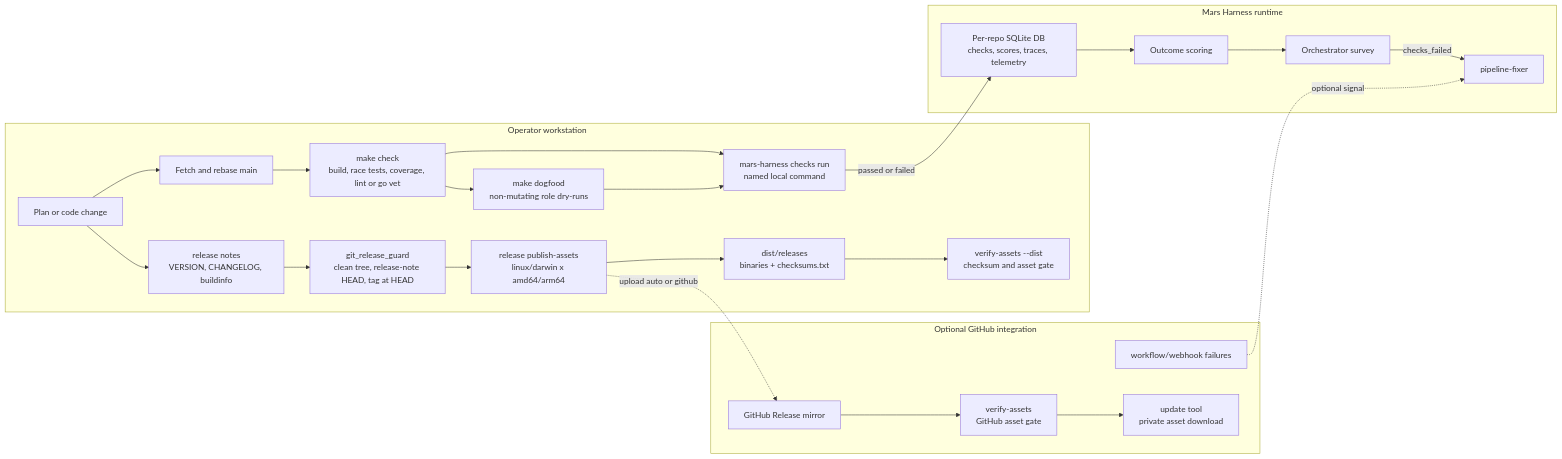
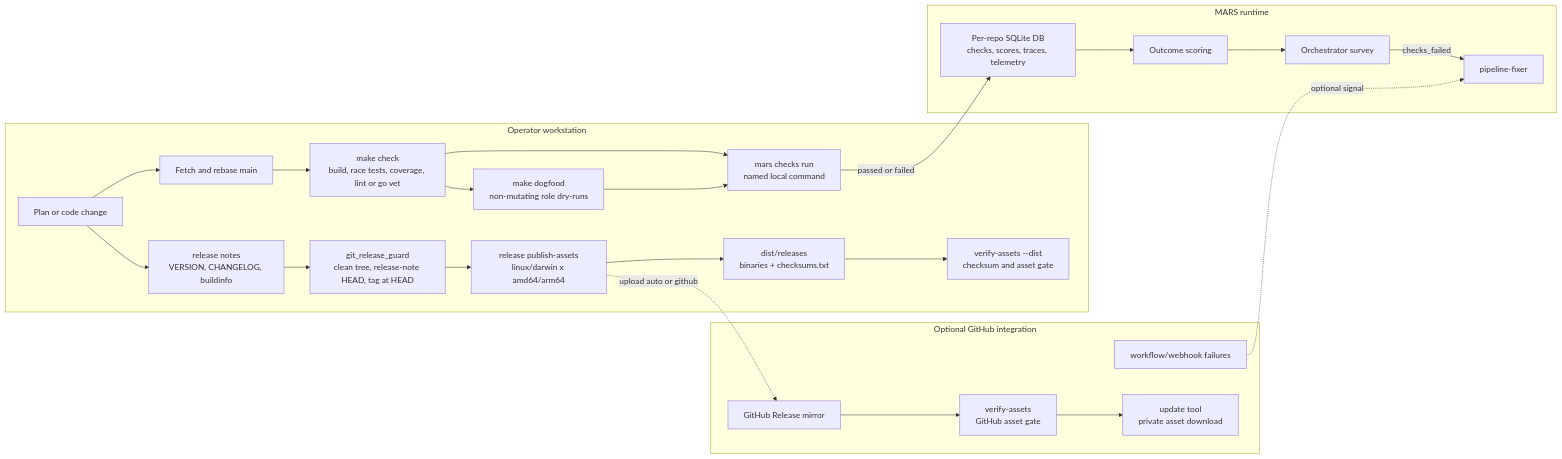
The second of 2 diagrams in ARCHITECTURE.md (greaveselliott/MARS), drawn with Mermaid before and after one commit. The commit also changed other lines of this file and 394 other files, not shown here.

````diff
--- a/ARCHITECTURE.md
+++ b/ARCHITECTURE.md
@@ -131,40 +131,40 @@
 ```mermaid
 flowchart LR
   subgraph Workstation ["Operator workstation"]
     Intent["Plan or code change"]
     Sync["Fetch and rebase main"]
     CheckGate["make check\nbuild, race tests, coverage, lint or go vet"]
     DogfoodGate["make dogfood\nnon-mutating role dry-runs"]
-    ChecksRun["mars-harness checks run\nnamed local command"]
+    ChecksRun["mars checks run\nnamed local command"]
     ReleaseNotes["release notes\nVERSION, CHANGELOG, buildinfo"]
     TagGuard["git_release_guard\nclean tree, release-note HEAD, tag at HEAD"]
     Publish["release publish-assets\nlinux/darwin x amd64/arm64"]
     LocalDist["dist/releases\nbinaries + checksums.txt"]
     VerifyLocal["verify-assets --dist\nchecksum and asset gate"]
   end
 
-  subgraph MarsRuntime ["Mars Harness runtime"]
+  subgraph MarsRuntime ["MARS runtime"]
     RepoDB["Per-repo SQLite DB\nchecks, scores, traces, telemetry"]
     Scoring["Outcome scoring"]
     Survey["Orchestrator survey"]
     Fixer["pipeline-fixer"]
   end
 
   subgraph OptionalGitHub ["Optional GitHub integration"]
     Webhook["workflow/webhook failures"]
     GHRelease["GitHub Release mirror"]
     VerifyMirror["verify-assets\nGitHub asset gate"]
     UpdateTool["update tool\nprivate asset download"]
   end
 
   Intent --> Sync --> CheckGate --> DogfoodGate
   CheckGate --> ChecksRun
   DogfoodGate --> ChecksRun
   ChecksRun -->|passed or failed| RepoDB
   RepoDB --> Scoring --> Survey
   Survey -->|checks_failed| Fixer
   Webhook -. optional signal .-> Fixer
 
   Intent --> ReleaseNotes --> TagGuard --> Publish --> LocalDist --> VerifyLocal
   Publish -. upload auto or github .-> GHRelease --> VerifyMirror --> UpdateTool
 ```
````
